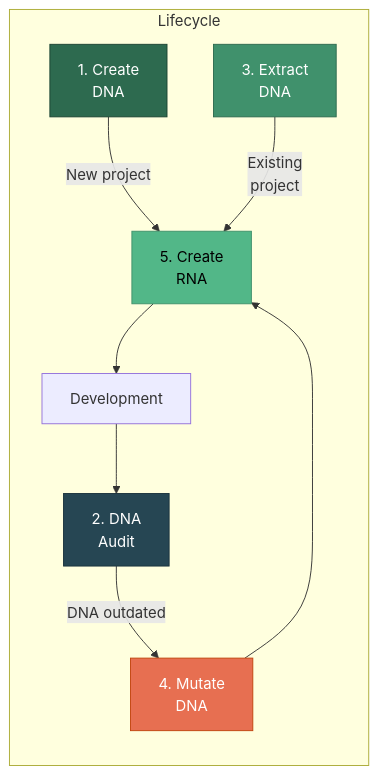
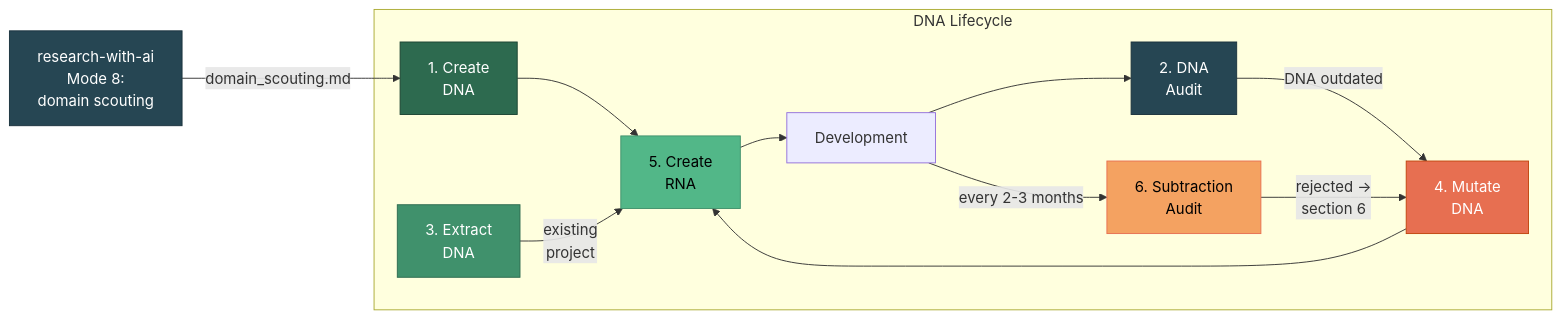
Before and after one commit to SizovOleg/project-dna: the first of 8 diagrams in docs/modes-en.md, drawn with Mermaid. The commit also changed other lines of this file and 9 other files, not shown here.

````diff
--- a/docs/modes-en.md
+++ b/docs/modes-en.md
@@ -7,24 +7,32 @@
 ```mermaid
 flowchart LR
-    subgraph "Lifecycle"
+    SCOUT["research-with-ai<br/>Mode 8:<br/>domain scouting"]
+
+    subgraph "DNA Lifecycle"
         M1["1. Create<br/>DNA"]
         M5["5. Create<br/>RNA"]
         WORK["Development"]
         M2["2. DNA<br/>Audit"]
         M3["3. Extract<br/>DNA"]
         M4["4. Mutate<br/>DNA"]
+        M6["6. Subtraction<br/>Audit"]
     end
 
-    M1 -->|"New project"| M5
+    SCOUT -->|"domain_scouting.md"| M1
+    M1 --> M5
     M5 --> WORK
     WORK --> M2
     M2 -->|"DNA outdated"| M4
     M4 --> M5
-    M3 -->|"Existing<br/>project"| M5
+    M3 -->|"existing<br/>project"| M5
+    WORK -->|"every 2-3 months"| M6
+    M6 -->|"rejected →<br/>section 6"| M4
 
+    style SCOUT fill:#264653,stroke:#1a323d,color:#fff
     style M1 fill:#2d6a4f,stroke:#1b4332,color:#fff
     style M2 fill:#264653,stroke:#1a323d,color:#fff
     style M3 fill:#40916c,stroke:#2d6a4f,color:#fff
     style M4 fill:#e76f51,stroke:#c1440e,color:#fff
     style M5 fill:#52b788,stroke:#40916c,color:#000
+    style M6 fill:#f4a261,stroke:#e76f51,color:#000
 ```
````
